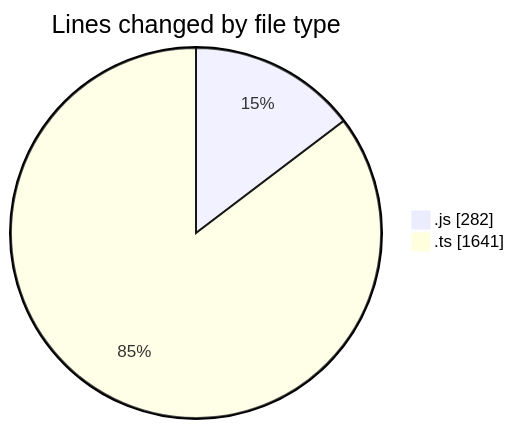
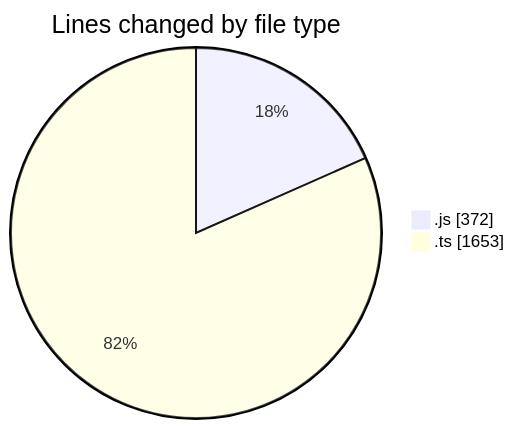
The first of 2 diagrams in 2025-05-29/cda/README.md (momahboobian/code-tracking), drawn with Mermaid before and after one commit. The commit also changed other lines of this file and 1 other file, not shown here.

````diff
--- a/2025-05-29/cda/README.md
+++ b/2025-05-29/cda/README.md
@@ -22,6 +22,6 @@
 ```mermaid
 pie showData
 title Lines changed by file type
-".js" : 282
-".ts" : 1641
+".js" : 372
+".ts" : 1653
 ```
````
